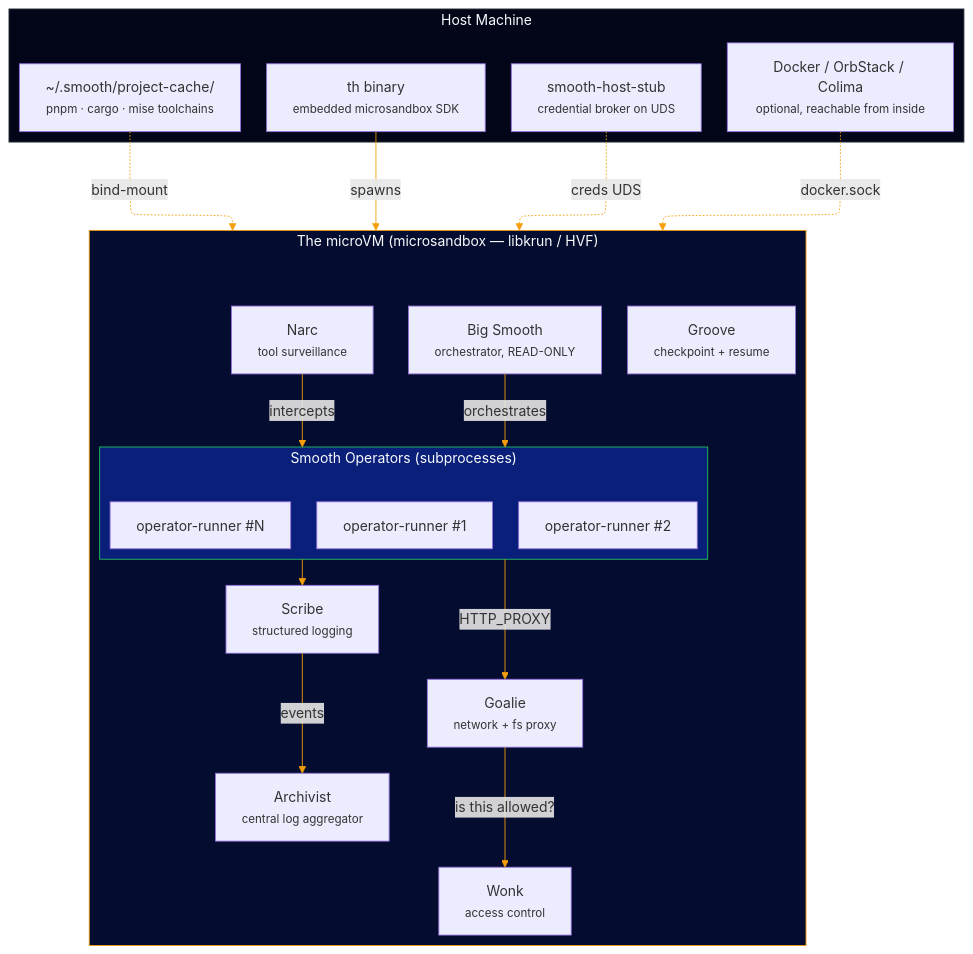
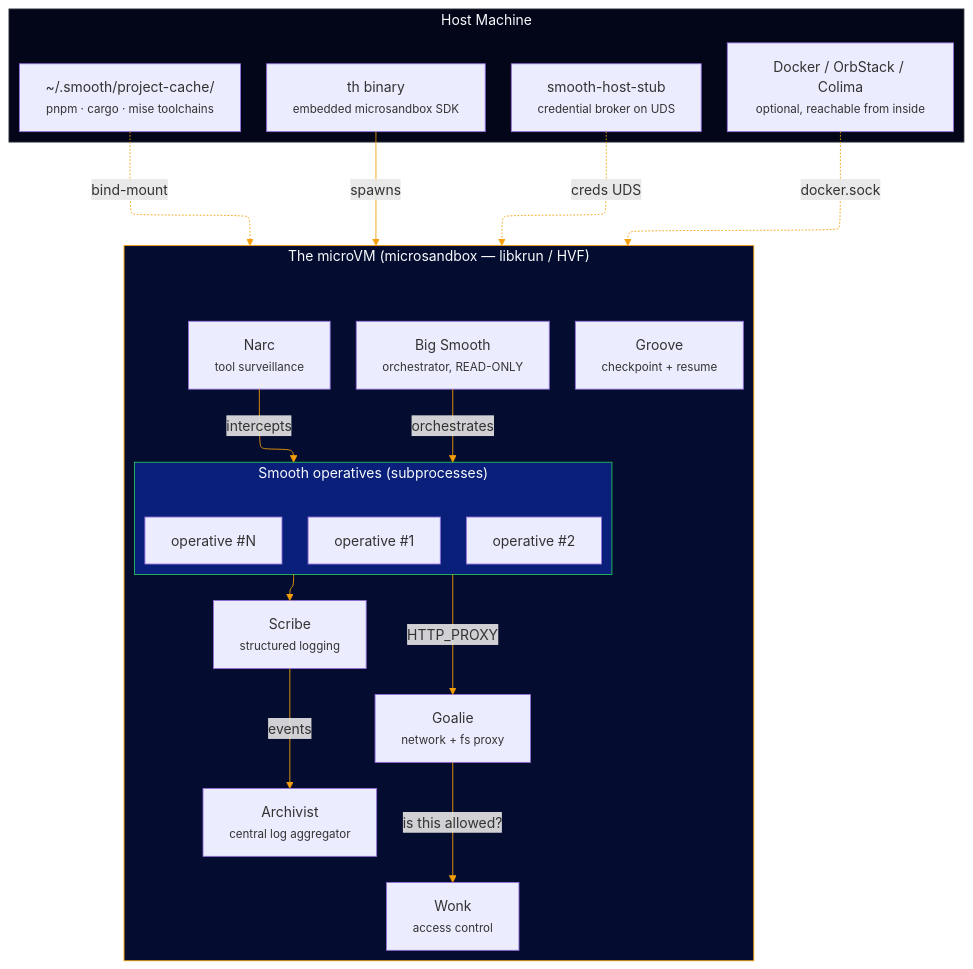
Before and after one commit to SmooAI/smooth: the second of 5 diagrams in README.md, drawn with Mermaid. The commit also changed other lines of this file and 86 other files, not shown here.

````diff
--- a/README.md
+++ b/README.md
@@ -200,41 +200,41 @@
 ```mermaid
 %%{init: {"flowchart": {"defaultRenderer": "elk"}, "themeVariables": {"lineColor": "#f49f0a"}}}%%
 graph TB
     subgraph Host["Host Machine"]
         TH["th binary<br/><small>embedded microsandbox SDK</small>"]
         HS["smooth-host-stub<br/><small>credential broker on UDS</small>"]
         DOCK["Docker / OrbStack / Colima<br/><small>optional, reachable from inside</small>"]
         CACHE["~/.smooth/project-cache/<br/><small>pnpm · cargo · mise toolchains</small>"]
     end
 
     subgraph VM["The microVM (microsandbox — libkrun / HVF)"]
         BS["Big Smooth<br/><small>orchestrator, READ-ONLY</small>"]
         AR["Archivist<br/><small>central log aggregator</small>"]
         W["Wonk<br/><small>access control</small>"]
         G["Goalie<br/><small>network + fs proxy</small>"]
         N["Narc<br/><small>tool surveillance</small>"]
         SC["Scribe<br/><small>structured logging</small>"]
         GR["Groove<br/><small>checkpoint + resume</small>"]
 
-        subgraph Ops["Smooth Operators (subprocesses)"]
-            OP1["operator-runner #1"]
-            OP2["operator-runner #2"]
-            OP3["operator-runner #N"]
+        subgraph Ops["Smooth operatives (subprocesses)"]
+            OP1["operative #1"]
+            OP2["operative #2"]
+            OP3["operative #N"]
         end
     end
 
     TH -->|spawns| VM
     HS -.->|creds UDS| VM
     DOCK -.->|docker.sock| VM
     CACHE -.->|bind-mount| VM
     BS -->|orchestrates| Ops
     Ops -->|HTTP_PROXY| G
     G -->|"is this allowed?"| W
     N -->|intercepts| Ops
     Ops --> SC
     SC -->|events| AR
 
     style Host fill:#020618,stroke:#30363d,color:#f8fafc
     style VM fill:#040d30,stroke:#f49f0a,color:#f8fafc
     style Ops fill:#0a1f7a,stroke:#22c55e,color:#f8fafc
 ```
````
